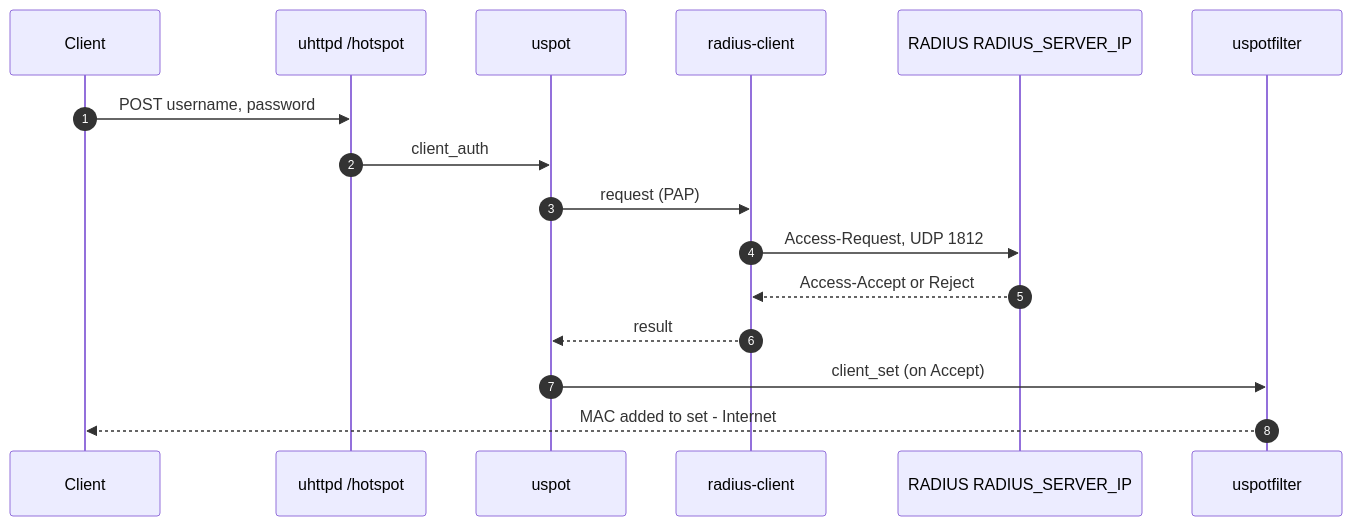
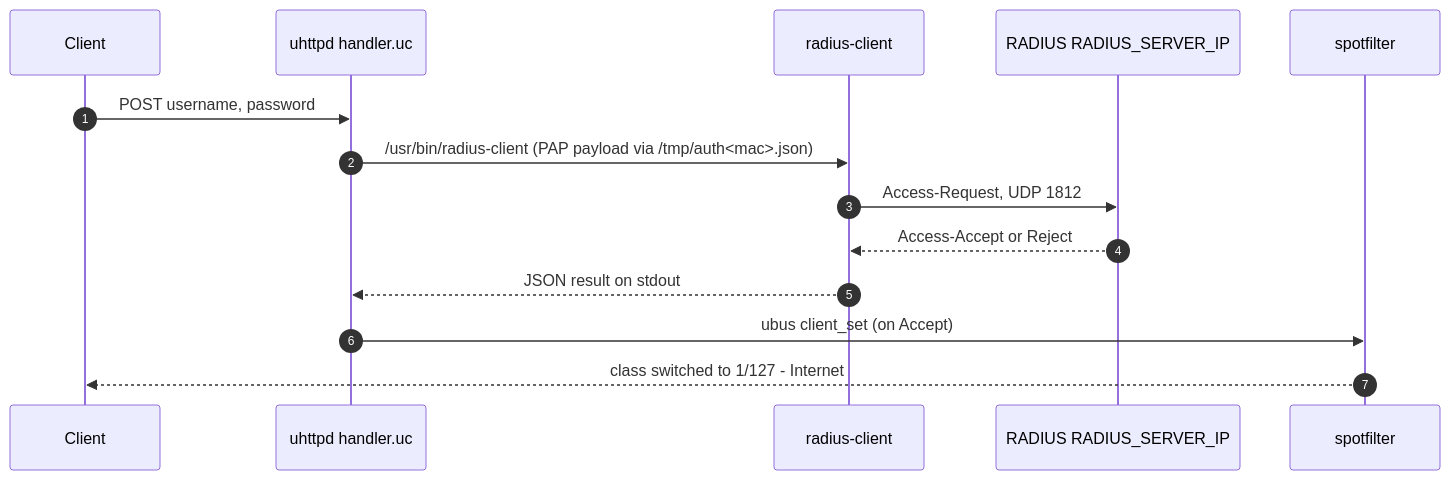
Before and after one commit to ducndc/ducndc.github.io: diagram 12 of 13 in src/content/blog/captive-portal.md, drawn with Mermaid. The commit also changed other lines of this file, not shown here.

````diff
--- a/src/content/blog/captive-portal.md
+++ b/src/content/blog/captive-portal.md
@@ -767,19 +833,17 @@
 ```mermaid
 sequenceDiagram
     autonumber
     participant C as Client
-    participant H as uhttpd /hotspot
-    participant U as uspot
+    participant H as uhttpd handler.uc
     participant RC as radius-client
     participant R as RADIUS RADIUS_SERVER_IP
-    participant UF as uspotfilter
+    participant SF as spotfilter
  
     C->>H: POST username, password
-    H->>U: client_auth
-    U->>RC: request (PAP)
+    H->>RC: /usr/bin/radius-client (PAP payload via /tmp/auth<mac>.json)
     RC->>R: Access-Request, UDP 1812
     R-->>RC: Access-Accept or Reject
-    RC-->>U: result
-    U->>UF: client_set (on Accept)
-    UF-->>C: MAC added to set - Internet
+    RC-->>H: JSON result on stdout
+    H->>SF: ubus client_set (on Accept)
+    SF-->>C: class switched to 1/127 - Internet
 ```
````
